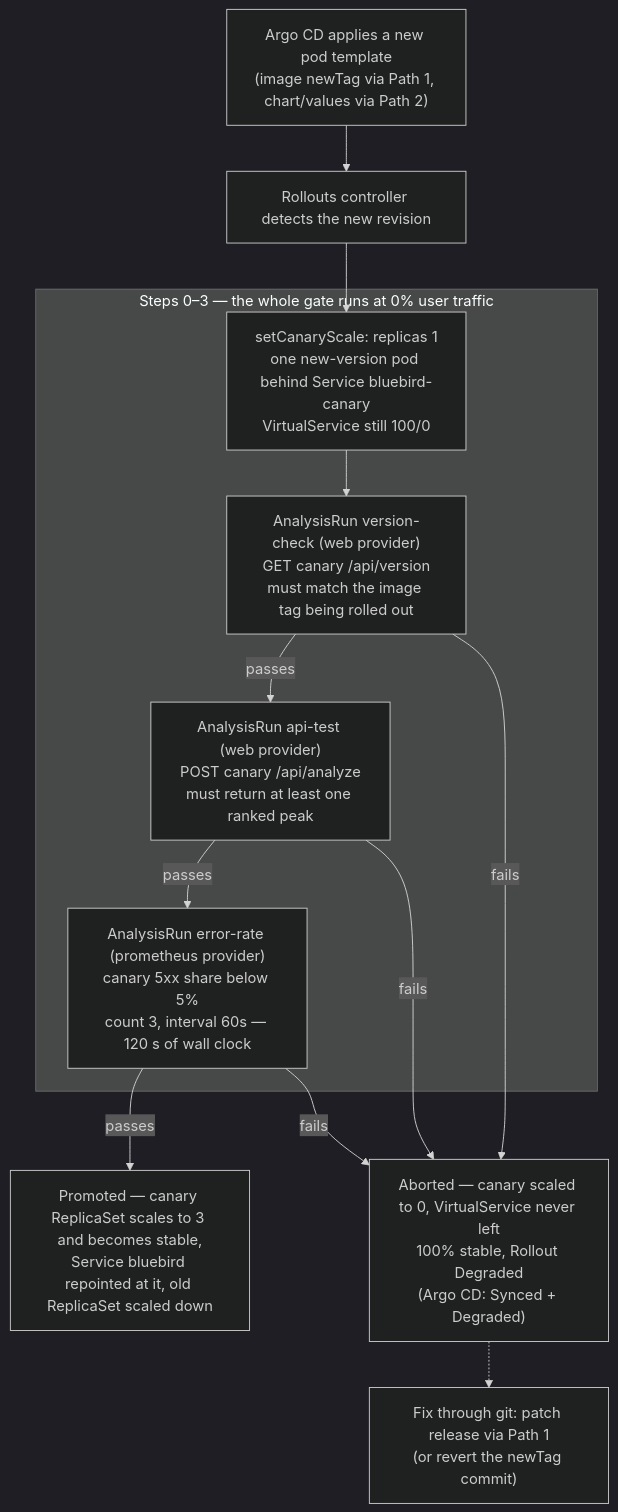
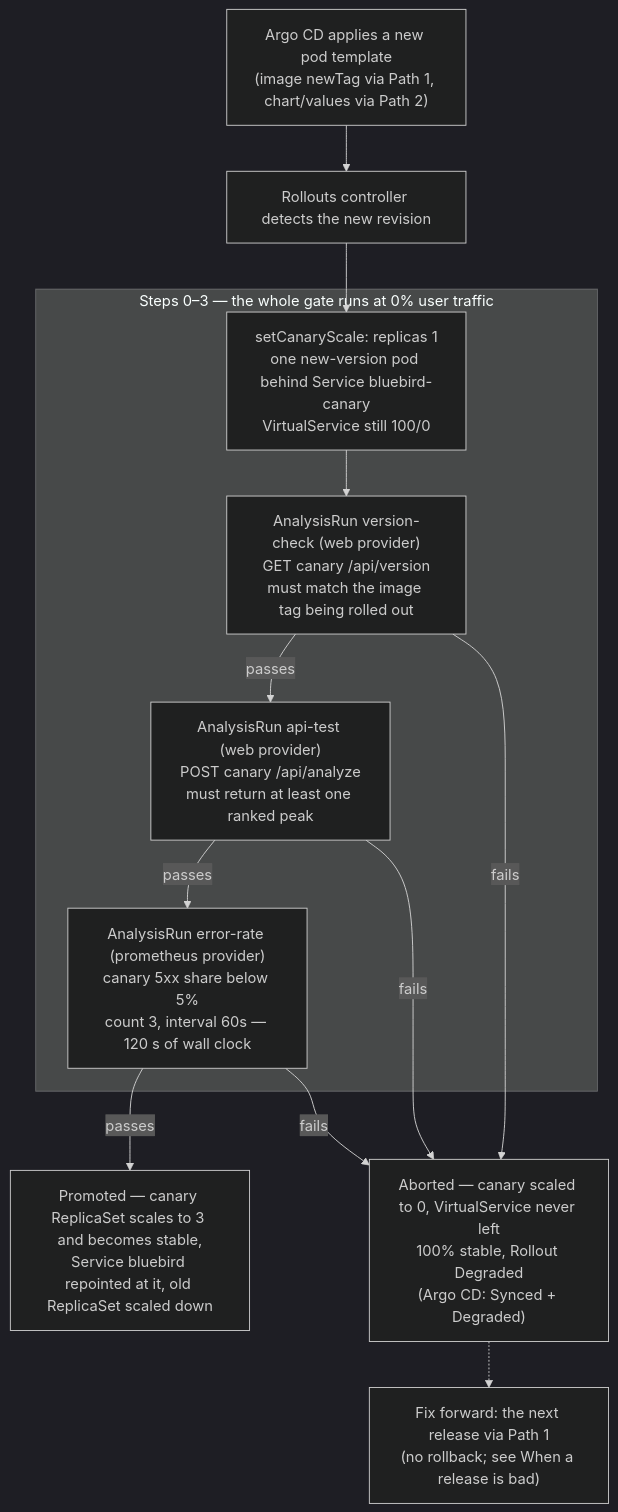
The third of 6 diagrams in docs/CICD.md (zimmertr/bluebird), drawn with Mermaid (dark theme) before and after one commit. The commit also changed other lines of this file and 10 other files, not shown here.

First line of the commit message:
fix: fix bad releases forward, record the edge's HTTPS redirect and HSTS, and state the chart's license (#601)

````diff
--- a/docs/CICD.md
+++ b/docs/CICD.md
@@ -435,25 +435,25 @@
 ```mermaid
 flowchart TD
     apply["Argo CD applies a new pod template<br/>(image newTag via Path 1, chart/values via Path 2)"]
     detect["Rollouts controller detects the new revision"]
 
     subgraph GATE["Steps 0–3 — the whole gate runs at 0% user traffic"]
         scale["setCanaryScale: replicas 1<br/>one new-version pod behind Service bluebird-canary<br/>VirtualService still 100/0"]
         vc["AnalysisRun version-check (web provider)<br/>GET canary /api/version<br/>must match the image tag being rolled out"]
         at["AnalysisRun api-test (web provider)<br/>POST canary /api/analyze<br/>must return at least one ranked peak"]
         er["AnalysisRun error-rate (prometheus provider)<br/>canary 5xx share below 5%<br/>count 3, interval 60s — 120 s of wall clock"]
     end
 
     done["Promoted — canary ReplicaSet scales to 3 and becomes stable,<br/>Service bluebird repointed at it, old ReplicaSet scaled down"]
     abort["Aborted — canary scaled to 0, VirtualService never left<br/>100% stable, Rollout Degraded<br/>(Argo CD: Synced + Degraded)"]
-    fix["Fix through git: patch release via Path 1<br/>(or revert the newTag commit)"]
+    fix["Fix forward: the next release via Path 1<br/>(no rollback; see When a release is bad)"]
 
     apply --> detect --> scale --> vc
     vc -->|"passes"| at
     at -->|"passes"| er
     er -->|"passes"| done
     vc -->|"fails"| abort
     at -->|"fails"| abort
     er -->|"fails"| abort
     abort -.-> fix
 ```
````
